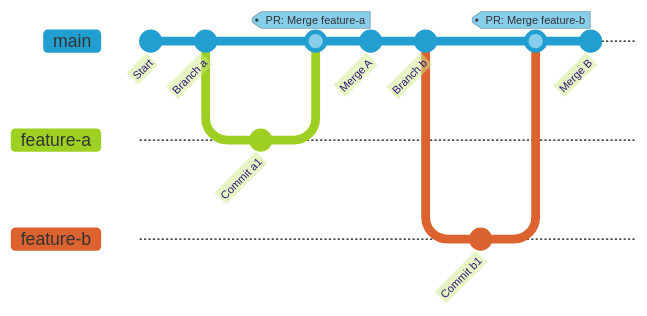
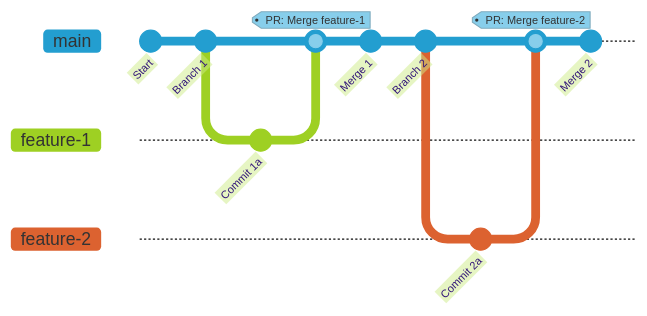
Before and after one commit to phuse-org/git-in-statistical-programming: the first of 11 diagrams in white-paper/branching-strategies.qmd, drawn with Mermaid. The commit also changed other lines of this file, not shown here.

````diff
--- a/white-paper/branching-strategies.qmd
+++ b/white-paper/branching-strategies.qmd
@@ -17,24 +17,24 @@
 ```{mermaid}
 %%| label: fig-basic-git-structure
 %%| fig-cap: "Basic Git branching structure"
 
-%%{init: {'theme':'base', 'themeVariables': { 'primaryColor':'#87CEEB'}}}%%
+%%{init: {'theme':'base', 'themeVariables': { 'primaryColor':'#87CEEB'}}}%% 
 gitGraph
     commit id: "Start"
-    commit id: "Branch a"
-    branch feature-a
-    checkout feature-a
-    commit id: "Commit a1"
+    commit id: "Branch 1"
+    branch feature-1
+    checkout feature-1
+    commit id: "Commit 1a"
     checkout main
-    merge feature-a tag: "PR: Merge feature-a"
-    commit id: "Merge A"
+    merge feature-1 tag: "PR: Merge feature-1"
+    commit id: "Merge 1"
     
     checkout main
-    commit id: "Branch b"
-    branch feature-b
-    checkout feature-b
-    commit id: "Commit b1"
+    commit id: "Branch 2"
+    branch feature-2
+    checkout feature-2
+    commit id: "Commit 2a"
     checkout main
-    merge feature-b tag: "PR: Merge feature-b"
-    commit id: "Merge B"
+    merge feature-2 tag: "PR: Merge feature-2"
+    commit id: "Merge 2"
 ```
````
